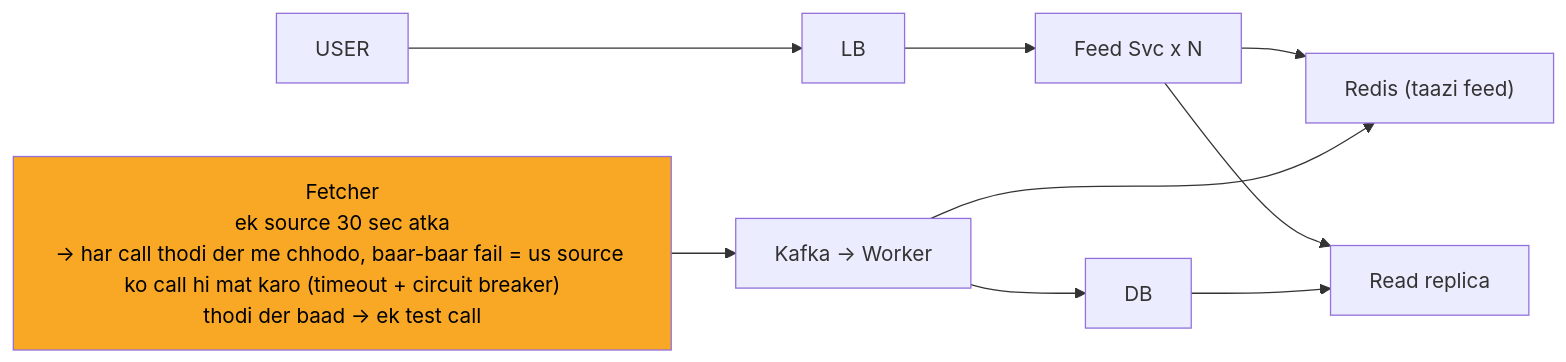
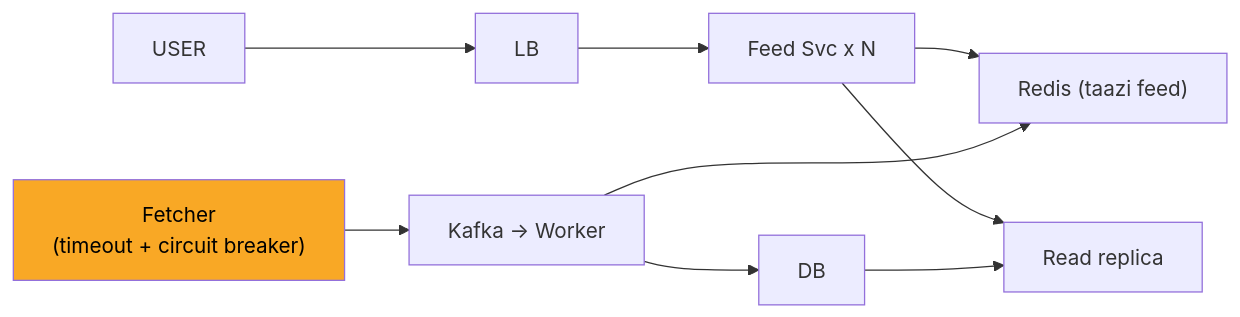
One commit to ArpanMaheshwari144/Prep changed the diagram in 04_HLD/SYSTEM_DESIGNS/08_news_aggregator/img/c5.mmd. Above: the diagram before and after it, drawn with Mermaid. The commit also changed 36 other files, not shown here.

```diff
--- a/04_HLD/SYSTEM_DESIGNS/08_news_aggregator/img/c5.mmd
+++ b/04_HLD/SYSTEM_DESIGNS/08_news_aggregator/img/c5.mmd
@@ -1,19 +1,19 @@
 %%{init: {"flowchart": {"wrappingWidth": 450}}}%%
 flowchart LR
     n_USER["USER"]
     n_LB["LB"]
     n_Feed_Svc_xN["Feed Svc x N"]
     n_Redis["Redis (taazi feed)"]
     n_Read_replica["Read replica"]
     n_DB["DB"]
     n_KW["Kafka -> Worker"]
-    n_Fetcher["Fetcher<br/>ek source 30 sec atka<br/>-> har call thodi der me chhodo, baar-baar fail = us source ko call hi mat karo (timeout + circuit breaker)<br/>thodi der baad -> ek test call"]
+    n_Fetcher["Fetcher<br/>(timeout + circuit breaker)"]
     n_USER --> n_LB
     n_LB --> n_Feed_Svc_xN
     n_Feed_Svc_xN --> n_Redis
     n_Feed_Svc_xN --> n_Read_replica
     n_DB --> n_Read_replica
     n_KW --> n_DB
     n_KW --> n_Redis
     n_Fetcher --> n_KW
     style n_Fetcher fill:#f9a825,color:#000
```
